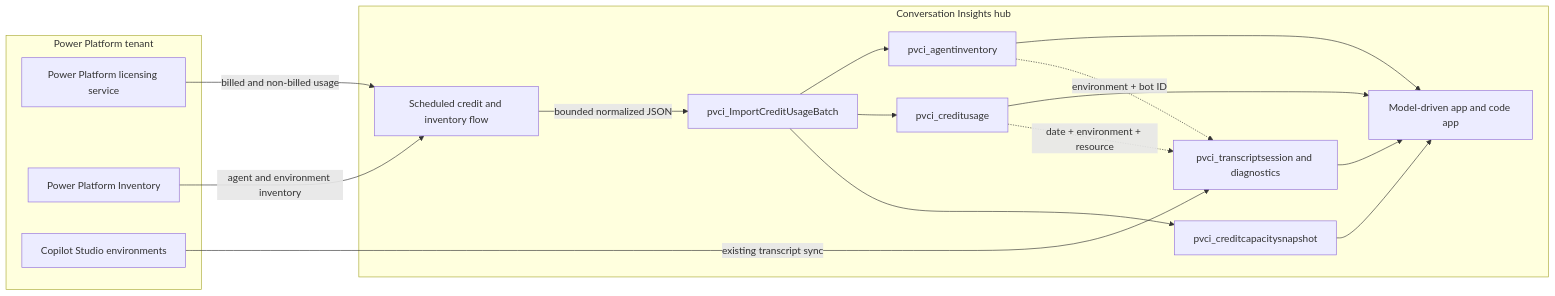
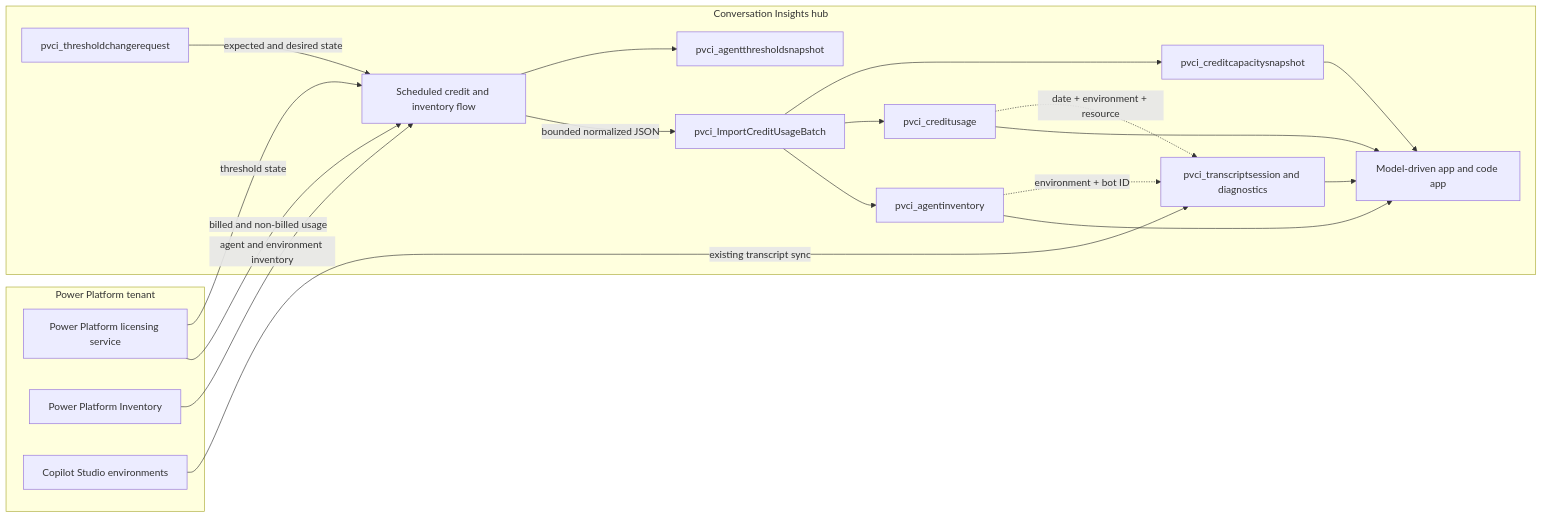
Before and after one commit to pavecer/mcs-transcript-analyzer: the diagram in docs/cross-environment-credit-consumption-design.md, drawn with Mermaid. The commit also changed other lines of this file and 23 other files, not shown here.

````diff
--- a/docs/cross-environment-credit-consumption-design.md
+++ b/docs/cross-environment-credit-consumption-design.md
@@ -63,32 +65,37 @@
 ```mermaid
 flowchart LR
     subgraph Tenant[Power Platform tenant]
         LIC[Power Platform licensing service]
         INV[Power Platform Inventory]
         ENV[Copilot Studio environments]
     end
 
     subgraph Hub[Conversation Insights hub]
         FLOW[Scheduled credit and inventory flow]
         API[pvci_ImportCreditUsageBatch]
         AGENT[pvci_agentinventory]
         USAGE[pvci_creditusage]
         CAP[pvci_creditcapacitysnapshot]
+        THRESH[pvci_agentthresholdsnapshot]
+        REQUEST[pvci_thresholdchangerequest]
         TRANS[pvci_transcriptsession and diagnostics]
         APPS[Model-driven app and code app]
     end
 
     LIC -->|billed and non-billed usage| FLOW
     INV -->|agent and environment inventory| FLOW
     FLOW -->|bounded normalized JSON| API
     API --> AGENT
     API --> USAGE
     API --> CAP
+    LIC -->|threshold state| FLOW
+    FLOW --> THRESH
+    REQUEST -->|expected and desired state| FLOW
     ENV -->|existing transcript sync| TRANS
     AGENT --> APPS
     USAGE --> APPS
     CAP --> APPS
     TRANS --> APPS
     AGENT -. environment + bot ID .-> TRANS
     USAGE -. date + environment + resource .-> TRANS
 ```
````
